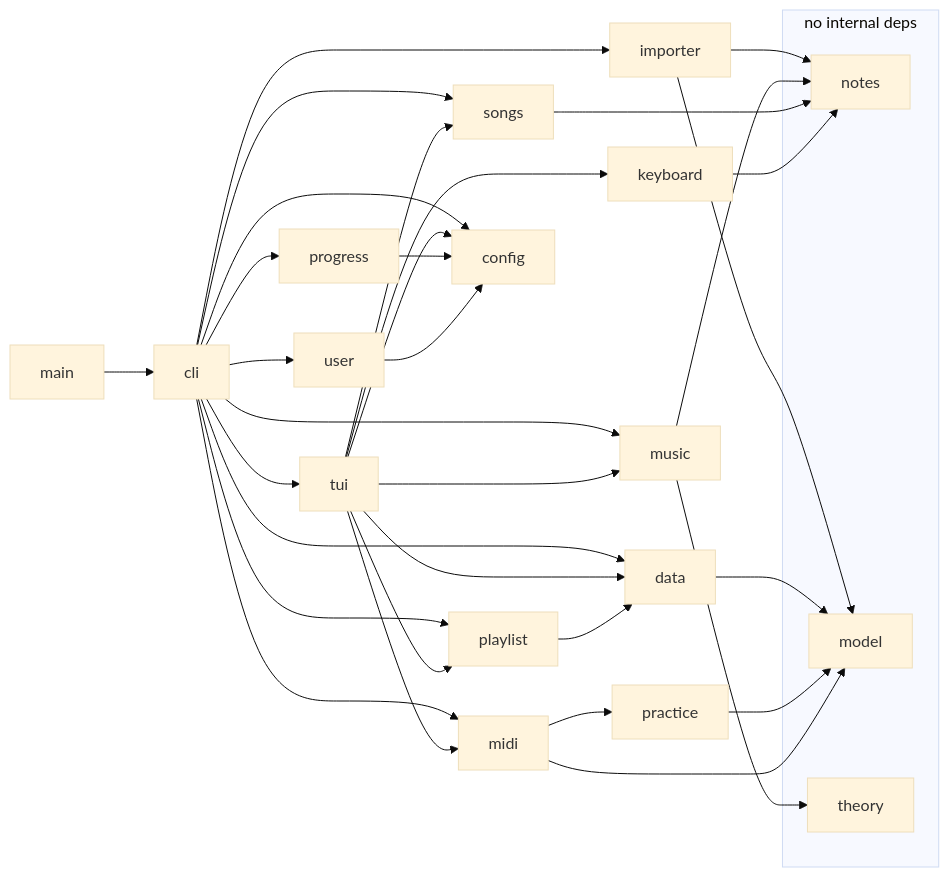
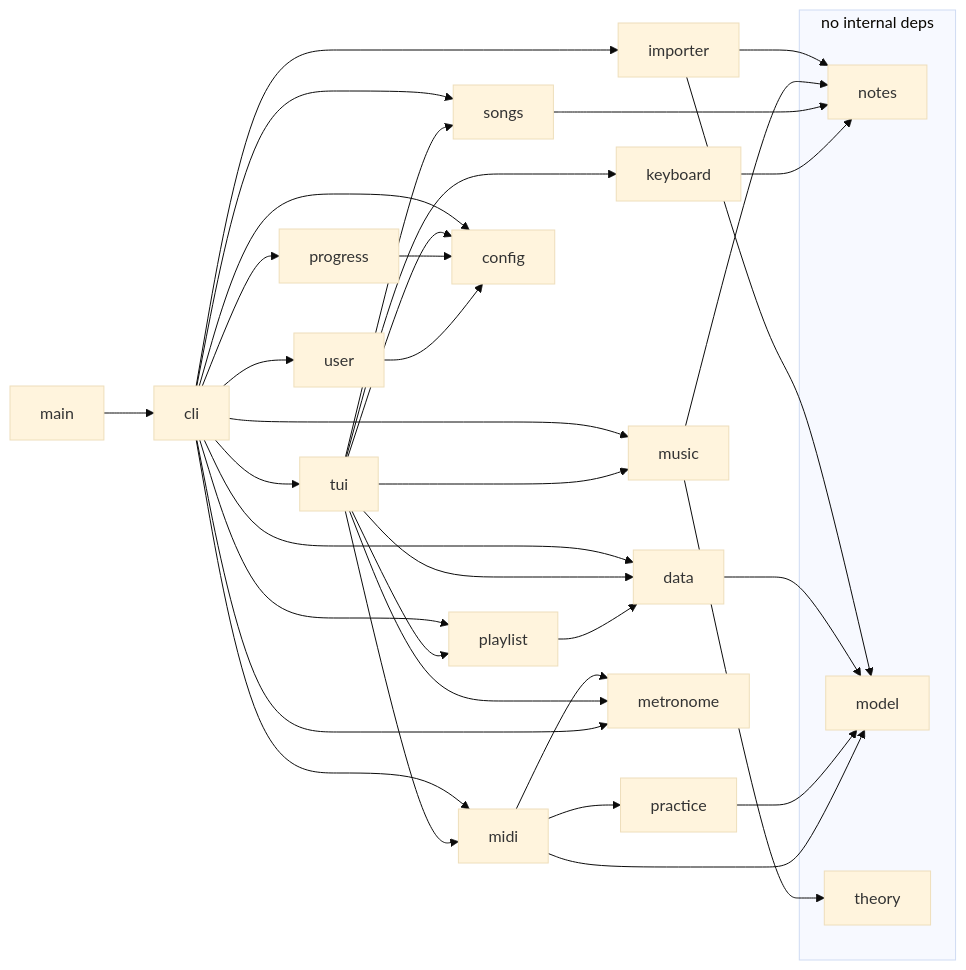
The second of 9 diagrams in docs/architecture.md (hectorMiranda/maestro), drawn with Mermaid (base theme) before and after one commit. The commit also changed other lines of this file and 10 other files, not shown here.

First line of the commit message:
feat: metronome and tempo in BPM (play, playlist, TUI, standalone)

````diff
--- a/docs/architecture.md
+++ b/docs/architecture.md
@@ -60,42 +60,45 @@
 ```mermaid
 flowchart LR
     main --> cli
     cli --> tui
     cli --> data
     cli --> midi
     cli --> playlist
     cli --> importer
     cli --> songs
     cli --> music
     cli --> user
     cli --> progress
     cli --> config
 
     tui --> data
     tui --> midi
     tui --> keyboard
     tui --> songs
     tui --> music
     tui --> playlist
     tui --> config
 
     playlist --> data
     importer --> notes
     importer --> model
     data --> model
     music --> notes
     music --> theory
     songs --> notes
     practice --> model
     keyboard --> notes
     midi --> model
     midi --> practice
+    midi --> metronome
+    tui --> metronome
+    cli --> metronome
     progress --> config
     user --> config
 
     subgraph leaves["no internal deps"]
         notes
         theory
         model
     end
 ```
````
